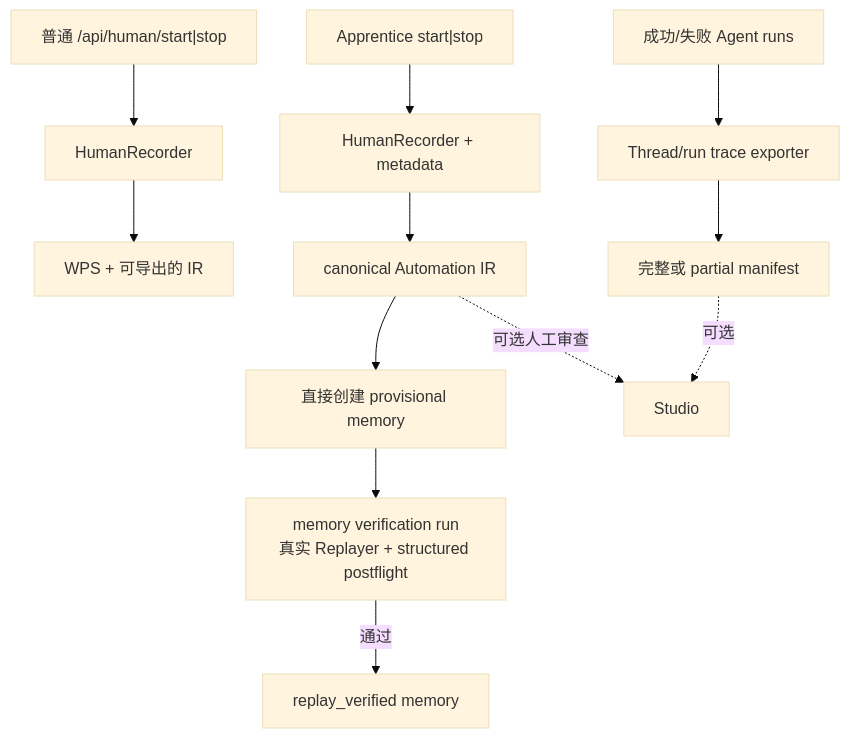
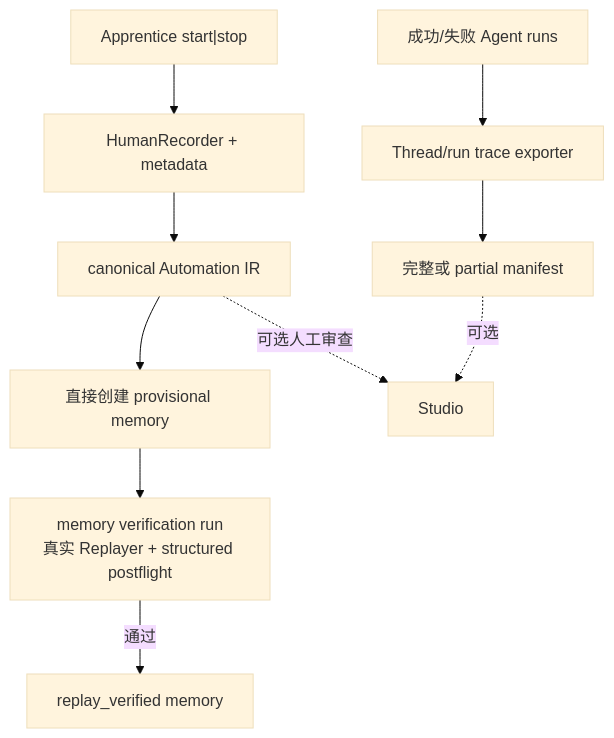
The tenth of 10 diagrams in docs/project-guide/02-runtime-flows.md (zoujiapeng/lingdong-script), drawn with Mermaid (base theme) before and after one commit. The commit also changed other lines of this file and 23 other files, not shown here.

Commit message:
Document simplified post-migration architecture

````diff
--- a/docs/project-guide/02-runtime-flows.md
+++ b/docs/project-guide/02-runtime-flows.md
@@ -581,16 +582,13 @@
 ```mermaid
 flowchart TD
-  HumanA["普通 /api/human/start|stop"] --> RecorderA["HumanRecorder"]
-  RecorderA --> WPS["WPS + 可导出的 IR"]
-
   HumanB["Apprentice start|stop"] --> RecorderB["HumanRecorder + metadata"]
   RecorderB --> Canonical["canonical Automation IR"]
   Canonical --> Provisional["直接创建 provisional memory"]
   Canonical -. "可选人工审查" .-> Studio["Studio"]
   Provisional --> Verification["memory verification run\n真实 Replayer + structured postflight"]
   Verification -->|通过| Verified["replay_verified memory"]
 
   AgentRuns["成功/失败 Agent runs"] --> Exporter["Thread/run trace exporter"]
   Exporter --> Partial["完整或 partial manifest"]
   Partial -. "可选" .-> Studio
 ```
````
